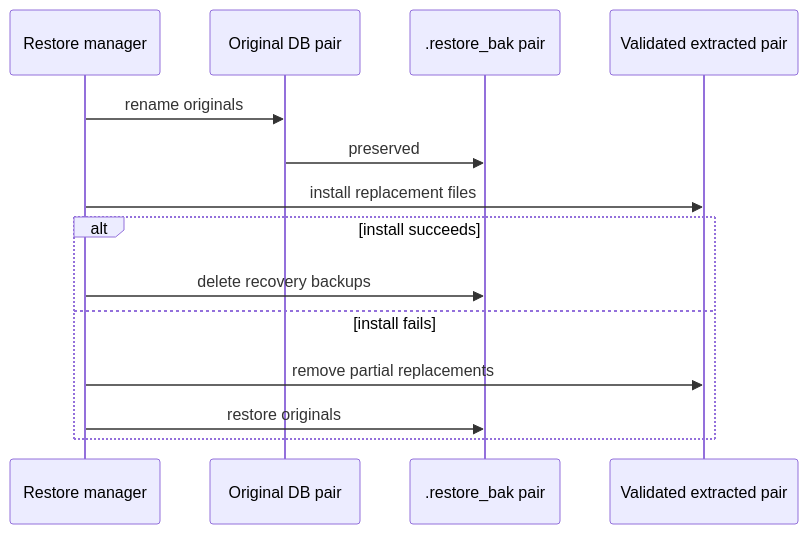
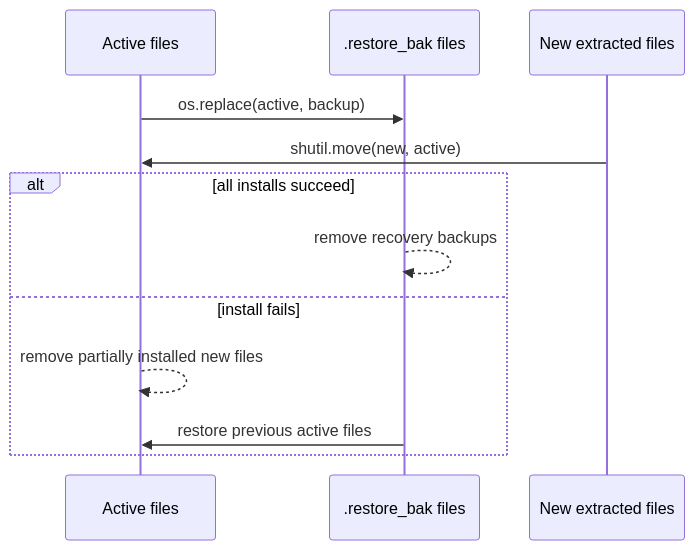
One commit to tks18/personal-finance-etl changed the fifth of 5 diagrams in docs/architecture/backup-and-restore.md. Above: the diagram before and after it, drawn with Mermaid. The commit also changed other lines of this file and 10 other files, not shown here.

Commit message:
docs: update docs/architecture for latest version

````diff
--- a/docs/architecture/backup-and-restore.md
+++ b/docs/architecture/backup-and-restore.md
@@ -174,17 +277,15 @@
 ```mermaid
 sequenceDiagram
-    participant R as Restore manager
-    participant O as Original DB pair
-    participant B as .restore_bak pair
-    participant N as Validated extracted pair
+    participant A as Active files
+    participant B as .restore_bak files
+    participant N as New extracted files
 
-    R->>O: rename originals
-    O->>B: preserved
-    R->>N: install replacement files
-    alt install succeeds
-        R->>B: delete recovery backups
+    A->>B: os.replace(active, backup)
+    N->>A: shutil.move(new, active)
+    alt all installs succeed
+        B-->>B: remove recovery backups
     else install fails
-        R->>N: remove partial replacements
-        R->>B: restore originals
+        A-->>A: remove partially installed new files
+        B->>A: restore previous active files
     end
 ```
````
